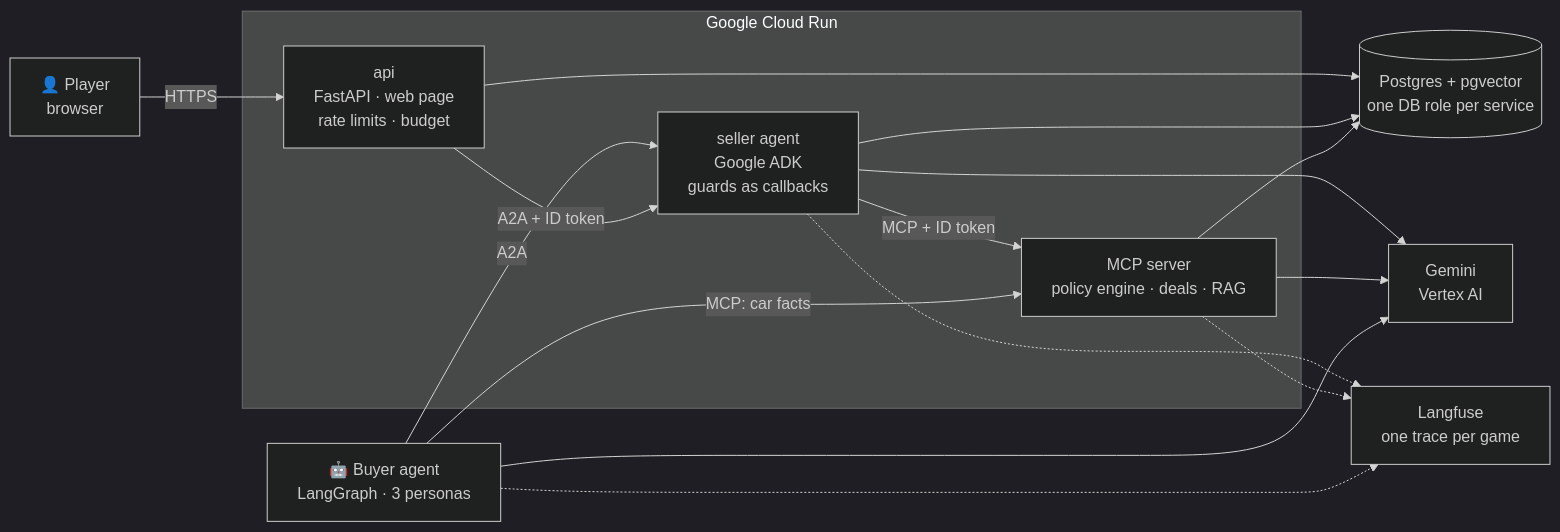
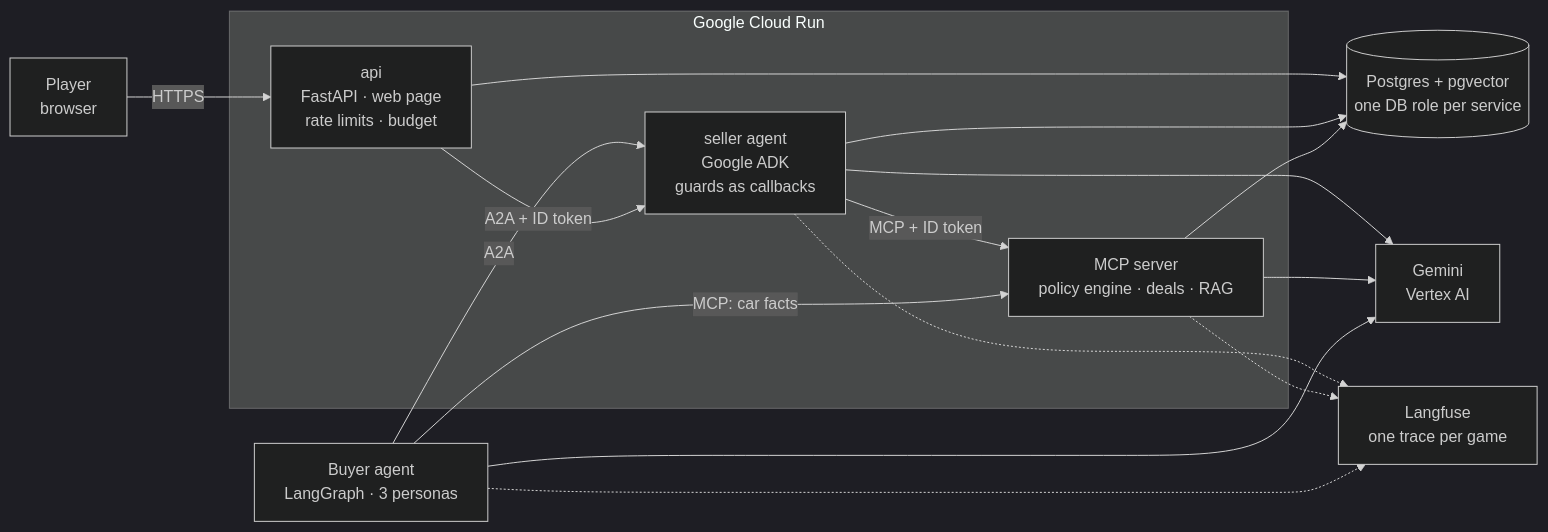
Before and after one commit to raulEspaa/haggle-garage: the first of 2 diagrams in README.md, drawn with Mermaid (dark theme). The commit also changed other lines of this file, not shown here.

````diff
--- a/README.md
+++ b/README.md
@@ -63,19 +61,19 @@
 ```mermaid
 flowchart LR
-    player["👤 Player<br/>browser"] -->|HTTPS| api
-    buyer["🤖 Buyer agent<br/>LangGraph · 3 personas"] -->|A2A| seller
+    player["Player<br/>browser"] -->|HTTPS| api
+    buyer["Buyer agent<br/>LangGraph · 3 personas"] -->|A2A| seller
 
     subgraph cloud["Google Cloud Run"]
         api["api<br/>FastAPI · web page<br/>rate limits · budget"]
         seller["seller agent<br/>Google ADK<br/>guards as callbacks"]
         mcp["MCP server<br/>policy engine · deals · RAG"]
     end
 
     api -->|"A2A + ID token"| seller
     seller -->|"MCP + ID token"| mcp
     buyer -->|"MCP: car facts"| mcp
 
     api & seller & mcp --> db[("Postgres + pgvector<br/>one DB role per service")]
     seller & mcp & buyer --> gemini["Gemini<br/>Vertex AI"]
     seller & mcp & buyer -.-> langfuse["Langfuse<br/>one trace per game"]
 ```
````
